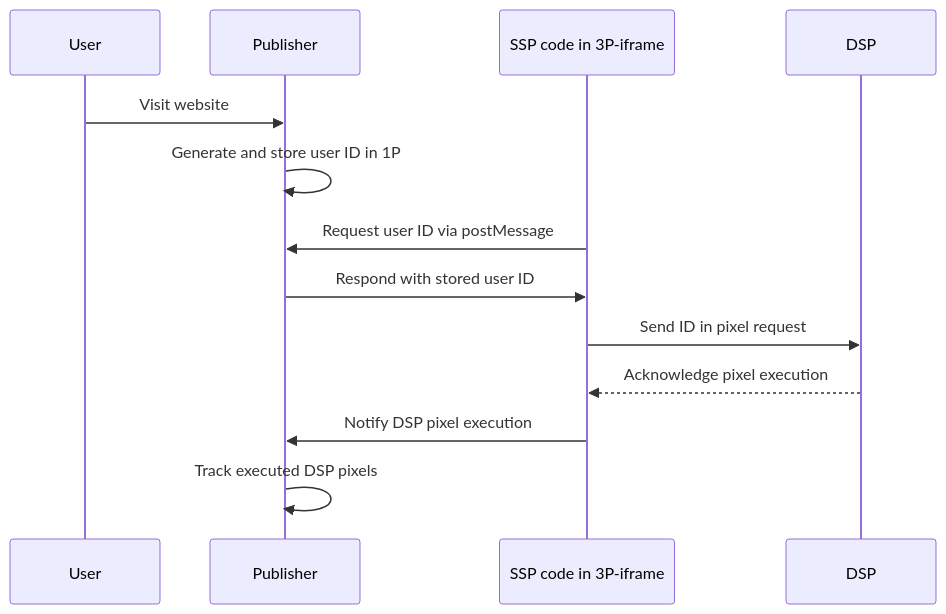
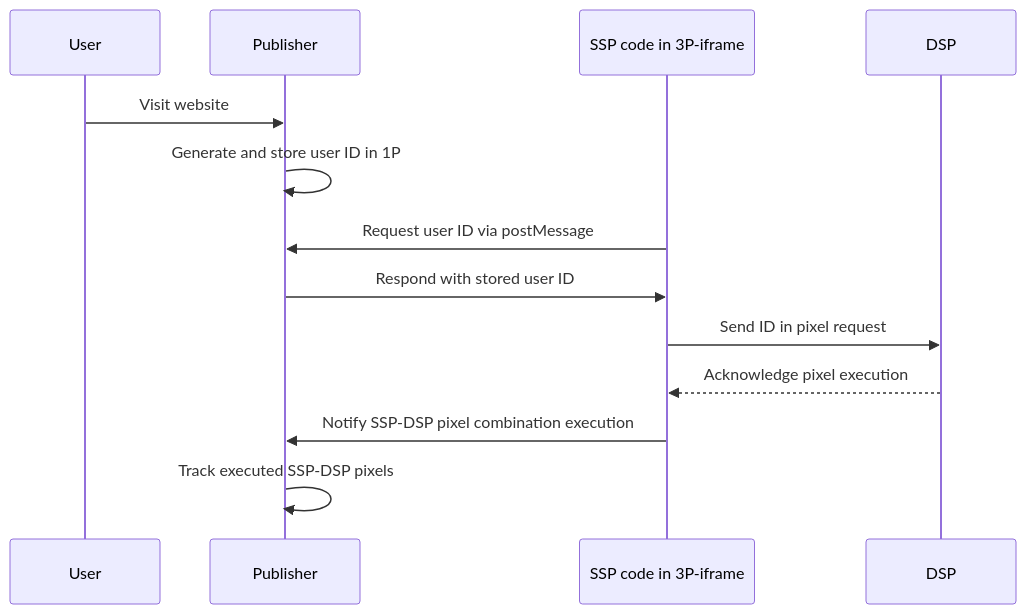
One commit to pm-harshad-mane/Diagrams changed the diagram in first-party-syncup/diagram.md. Above: the diagram before and after it, drawn with Mermaid.

````diff
--- a/first-party-syncup/diagram.md
+++ b/first-party-syncup/diagram.md
@@ -1,16 +1,16 @@
 ```mermaid
 sequenceDiagram
     participant User
     participant Publisher
     participant SSP as SSP code in 3P-iframe 
     participant DSP
     
     User->>Publisher: Visit website
     Publisher->>Publisher: Generate and store user ID in 1P
     SSP->>Publisher: Request user ID via postMessage
     Publisher->>SSP: Respond with stored user ID
     SSP->>DSP: Send ID in pixel request
     DSP-->>SSP: Acknowledge pixel execution
-    SSP->>Publisher: Notify DSP pixel execution
-    Publisher->>Publisher: Track executed DSP pixels
+    SSP->>Publisher: Notify SSP-DSP pixel combination execution
+    Publisher->>Publisher: Track executed SSP-DSP pixels
 ```
````
